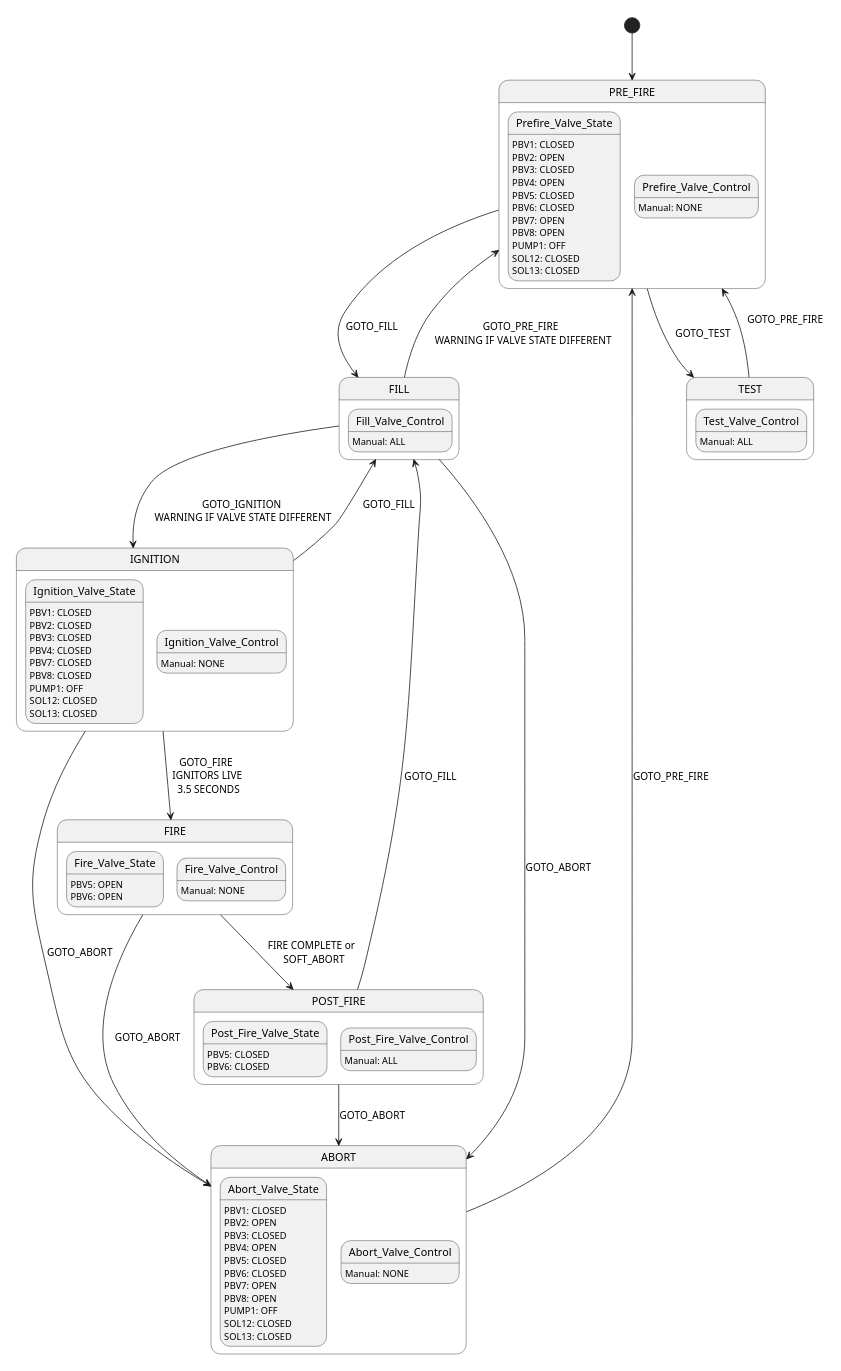
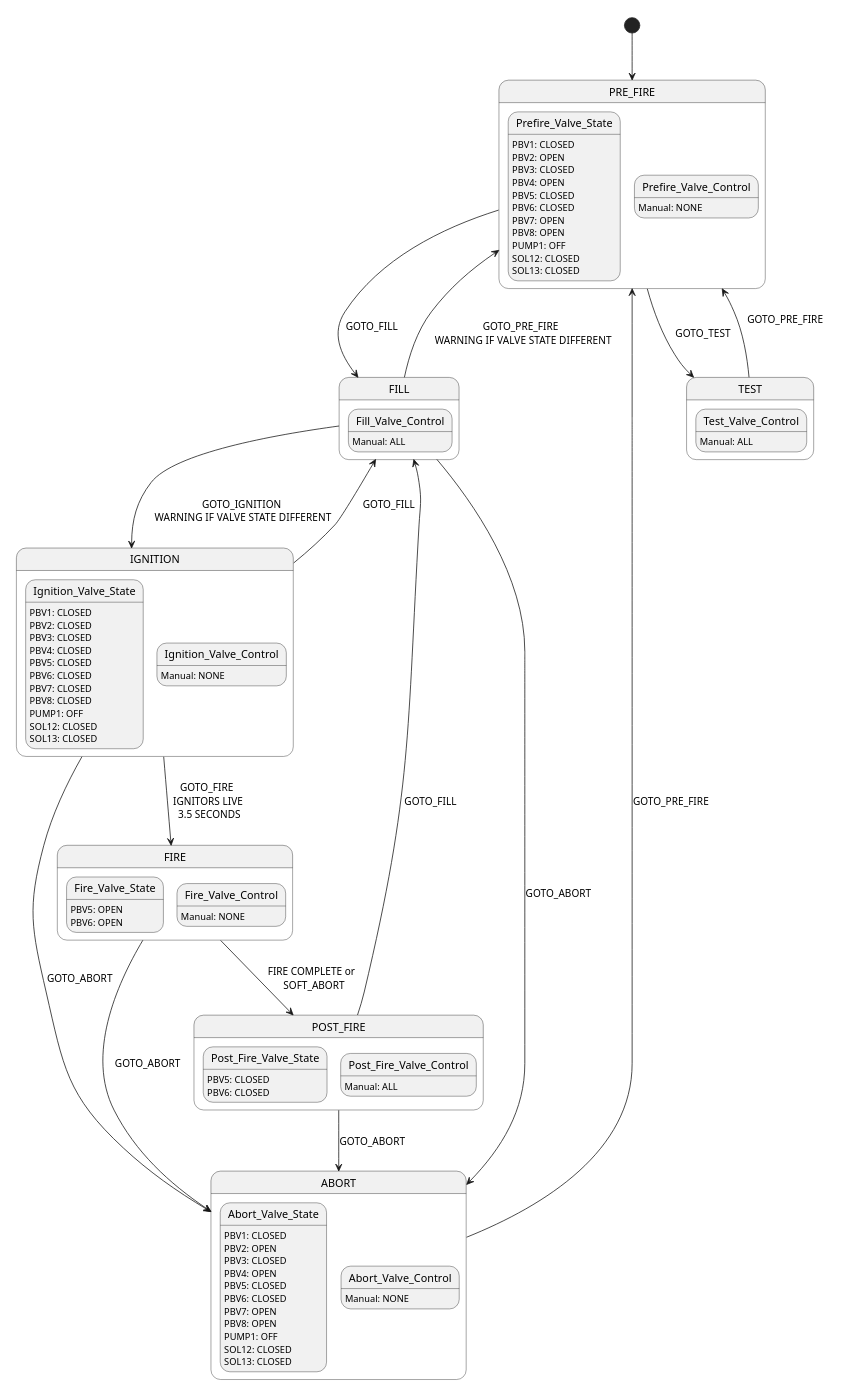
One commit to Bio-Rocket/LabJack changed the diagram in stateMachine.plantuml. Above: the diagram before and after it, drawn with PlantUML.

Commit message:
adding back pbv 5 and 6 to ignition state

```diff
--- a/stateMachine.plantuml
+++ b/stateMachine.plantuml
@@ -1,93 +1,95 @@
 @startuml stateMachine
 scale 500 width
 [*] --> PRE_FIRE
 PRE_FIRE --> FILL : GOTO_FILL \n
 PRE_FIRE --> TEST : GOTO_TEST
 FILL --> IGNITION : \n GOTO_IGNITION \n WARNING IF VALVE STATE DIFFERENT
 FILL --> ABORT : GOTO_ABORT
 FILL --> PRE_FIRE : GOTO_PRE_FIRE \n WARNING IF VALVE STATE DIFFERENT
 IGNITION --> FIRE : GOTO_FIRE \n IGNITORS LIVE \n 3.5 SECONDS
 IGNITION --> ABORT : GOTO_ABORT
 IGNITION --> FILL : GOTO_FILL
 FIRE --> ABORT : GOTO_ABORT
 FIRE --> POST_FIRE : FIRE COMPLETE or \n SOFT_ABORT
 POST_FIRE --> FILL : GOTO_FILL
 POST_FIRE --> ABORT : GOTO_ABORT
 ABORT --> PRE_FIRE : GOTO_PRE_FIRE
 TEST --> PRE_FIRE : GOTO_PRE_FIRE \n\n
  
 state PRE_FIRE {
   state Prefire_Valve_State: PBV1: CLOSED
   state Prefire_Valve_State: PBV2: OPEN
   state Prefire_Valve_State: PBV3: CLOSED
   state Prefire_Valve_State: PBV4: OPEN
   state Prefire_Valve_State: PBV5: CLOSED
   state Prefire_Valve_State: PBV6: CLOSED
   state Prefire_Valve_State: PBV7: OPEN
   state Prefire_Valve_State: PBV8: OPEN
   state Prefire_Valve_State: PUMP1: OFF
   state Prefire_Valve_State: SOL12: CLOSED
   state Prefire_Valve_State: SOL13: CLOSED
  
   state Prefire_Valve_Control
   state Prefire_Valve_Control: Manual: NONE
 }
  
 state FILL {
   state Fill_Valve_Control
   state Fill_Valve_Control: Manual: ALL
 }
  
 state IGNITION {
   state Ignition_Valve_State: PBV1: CLOSED
   state Ignition_Valve_State: PBV2: CLOSED
   state Ignition_Valve_State: PBV3: CLOSED
   state Ignition_Valve_State: PBV4: CLOSED
+  state Ignition_Valve_State: PBV5: CLOSED
+  state Ignition_Valve_State: PBV6: CLOSED
   state Ignition_Valve_State: PBV7: CLOSED
   state Ignition_Valve_State: PBV8: CLOSED
   state Ignition_Valve_State: PUMP1: OFF
   state Ignition_Valve_State: SOL12: CLOSED
   state Ignition_Valve_State: SOL13: CLOSED
 
   state Ignition_Valve_Control
   state Ignition_Valve_Control: Manual: NONE
 }
  
 state FIRE {
   state Fire_Valve_State: PBV5: OPEN
   state Fire_Valve_State: PBV6: OPEN
 
   state Fire_Valve_Control
   state Fire_Valve_Control: Manual: NONE
 }
 
 state POST_FIRE {
   state Post_Fire_Valve_State: PBV5: CLOSED
   state Post_Fire_Valve_State: PBV6: CLOSED
 
   state Post_Fire_Valve_Control
   state Post_Fire_Valve_Control: Manual: ALL
 } 
  
 state ABORT {
   state Abort_Valve_State: PBV1: CLOSED
   state Abort_Valve_State: PBV2: OPEN
   state Abort_Valve_State: PBV3: CLOSED
   state Abort_Valve_State: PBV4: OPEN
   state Abort_Valve_State: PBV5: CLOSED
   state Abort_Valve_State: PBV6: CLOSED
   state Abort_Valve_State: PBV7: OPEN
   state Abort_Valve_State: PBV8: OPEN
   state Abort_Valve_State: PUMP1: OFF
   state Abort_Valve_State: SOL12: CLOSED
   state Abort_Valve_State: SOL13: CLOSED
  
   state Abort_Valve_Control
   state Abort_Valve_Control: Manual: NONE
 }
  
 state TEST {
   state Test_Valve_Control
   state Test_Valve_Control: Manual: ALL
 }
 @enduml
```
